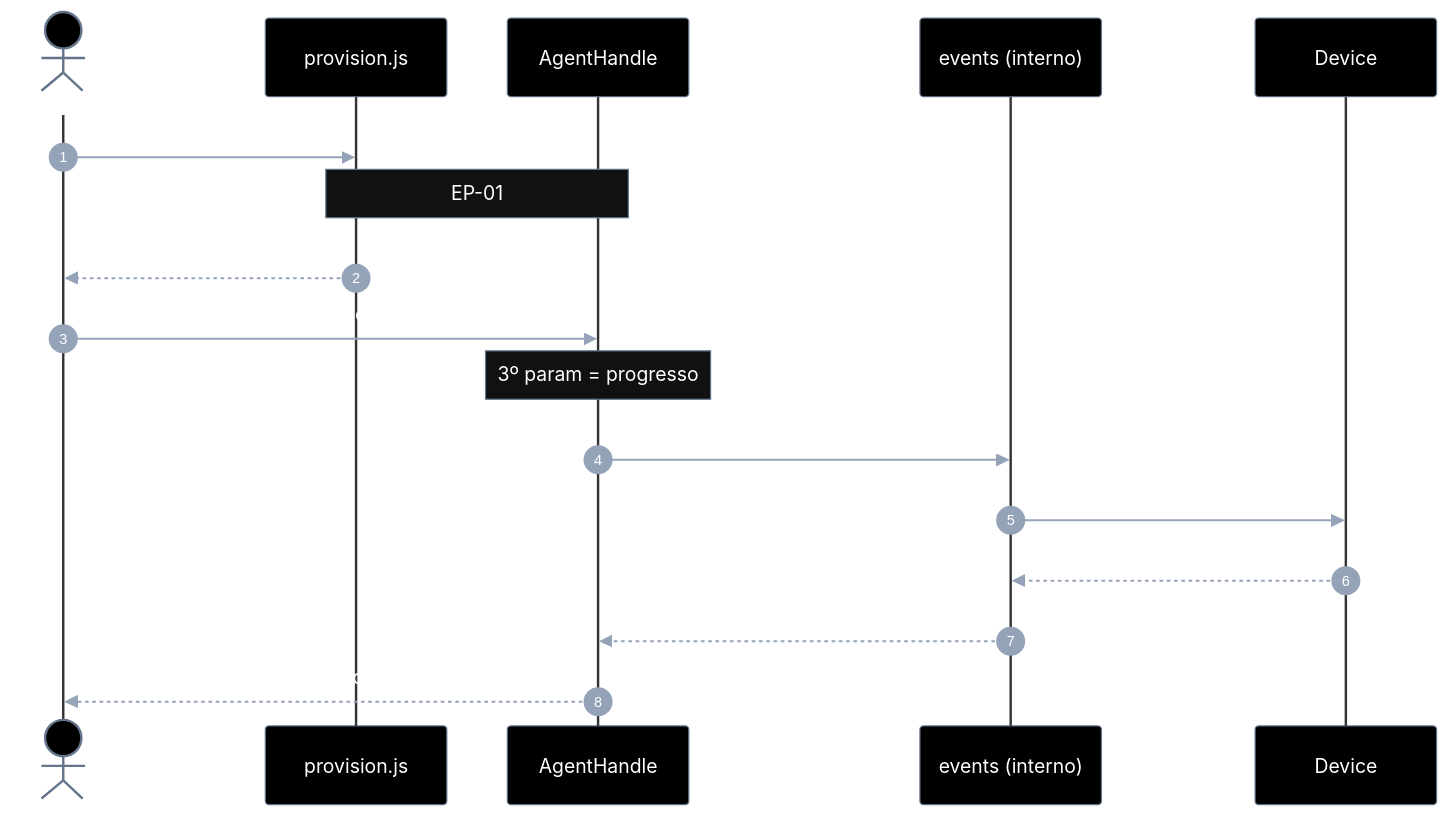
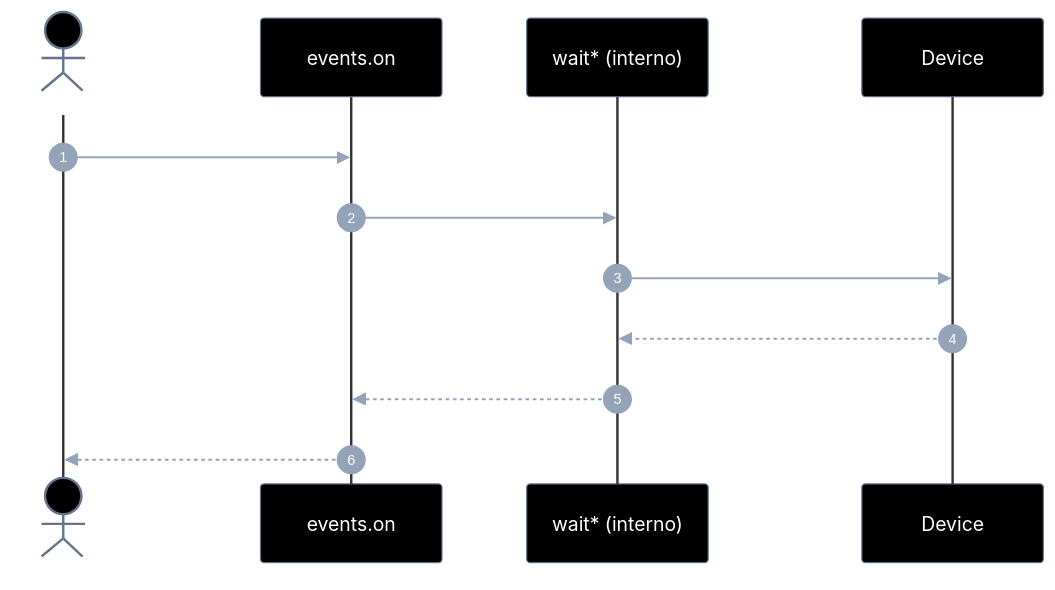
One commit to laerciogermano/workstation changed the first of 2 diagrams in screen-robot/implementation-plan/EP-02-eventos-de-ui.md. Above: the diagram before and after it, drawn with Mermaid. The commit also changed other lines of this file and 3 other files, not shown here.

First line of the commit message:
Redesenha EP-02: eventos via on(cfg) em vez de handle.on.

````diff
--- a/screen-robot/implementation-plan/EP-02-eventos-de-ui.md
+++ b/screen-robot/implementation-plan/EP-02-eventos-de-ui.md
@@ -124,62 +113,56 @@
 ```mermaid
 ---
 config:
   theme: base
   themeVariables:
     darkMode: true
     background: '#000000'
     primaryColor: '#000000'
     primaryTextColor: '#ffffff'
     primaryBorderColor: '#64748b'
     secondaryColor: '#000000'
     secondaryTextColor: '#ffffff'
     secondaryBorderColor: '#64748b'
     tertiaryColor: '#000000'
     tertiaryTextColor: '#ffffff'
     tertiaryBorderColor: '#64748b'
     lineColor: '#64748b'
     textColor: '#ffffff'
     mainBkg: '#000000'
     nodeBorder: '#64748b'
     clusterBkg: '#000000'
     clusterBorder: '#333333'
     titleColor: '#ffffff'
     edgeLabelBackground: '#000000'
     actorBkg: '#000000'
     actorBorder: '#64748b'
     actorTextColor: '#ffffff'
     actorLineColor: '#333333'
     signalColor: '#94a3b8'
     signalTextColor: '#ffffff'
     labelBoxBkgColor: '#000000'
     labelBoxBorderColor: '#64748b'
     labelTextColor: '#ffffff'
     loopTextColor: '#ffffff'
     noteBorderColor: '#64748b'
     noteBkgColor: '#111111'
     noteTextColor: '#ffffff'
     activationBorderColor: '#64748b'
     activationBkgColor: '#1a1a1a'
     sequenceNumberColor: '#ffffff'
     classText: '#ffffff'
 ---
 sequenceDiagram
   autonumber
   actor Dev as Caller / CLI
-  participant P as provision.js
-  participant H as AgentHandle
-  participant E as events (interno)
+  participant E as events.on
+  participant W as wait* (interno)
   participant D as Device
 
-  Dev->>P: provisionEmulator(cfg)
-  note over P,H: EP-01
-  P-->>Dev: handle { serial, on, ... }
-
-  Dev->>H: on(event, opts, onEvent?)
-  note over H: 3º param = progresso
-  H->>E: on(event, { ...opts, serial }, onEvent)
-  E->>D: poll (boot / fg / frame hash)
-  D-->>E: evidência
-  E-->>H: UiEventResult
-  H-->>Dev: resultado
+  Dev->>E: on({ serial, event, … })
+  E->>W: despacha por event
+  W->>D: poll (boot / fg / frame hash)
+  D-->>W: evidência
+  W-->>E: UiEventResult
+  E-->>Dev: resultado
 ```
````
